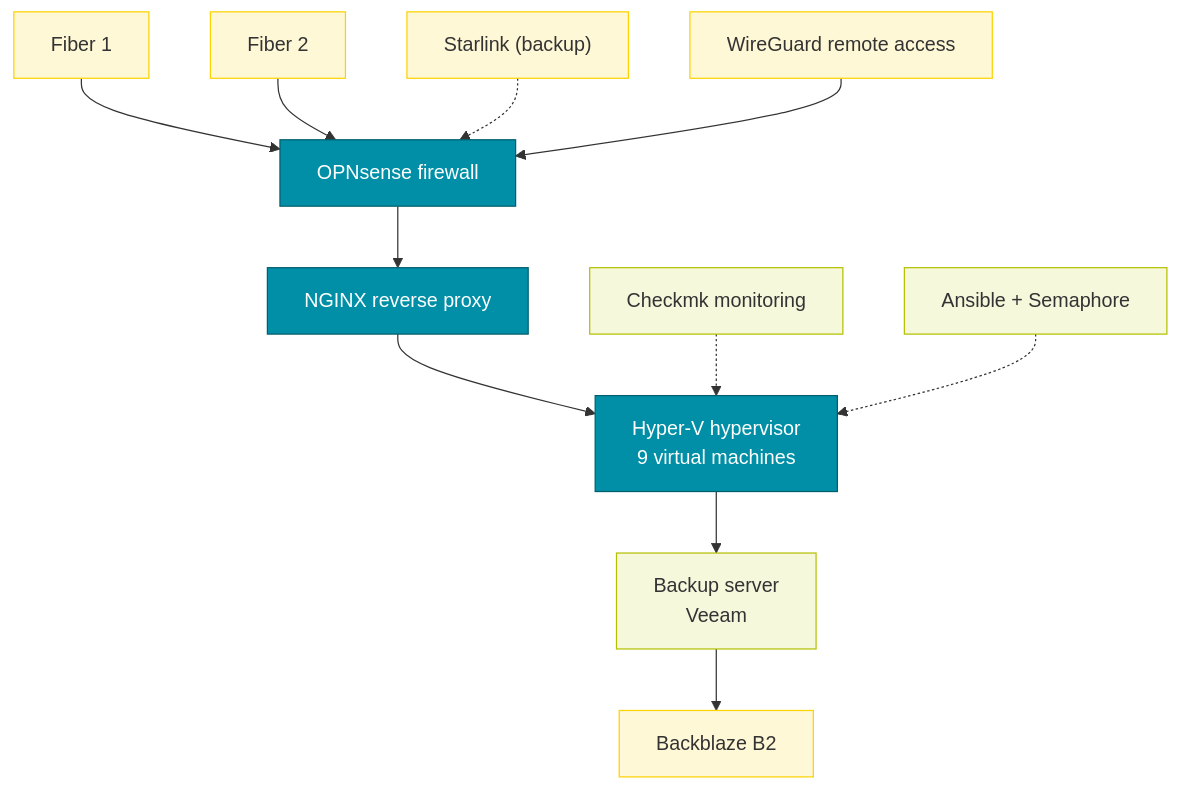
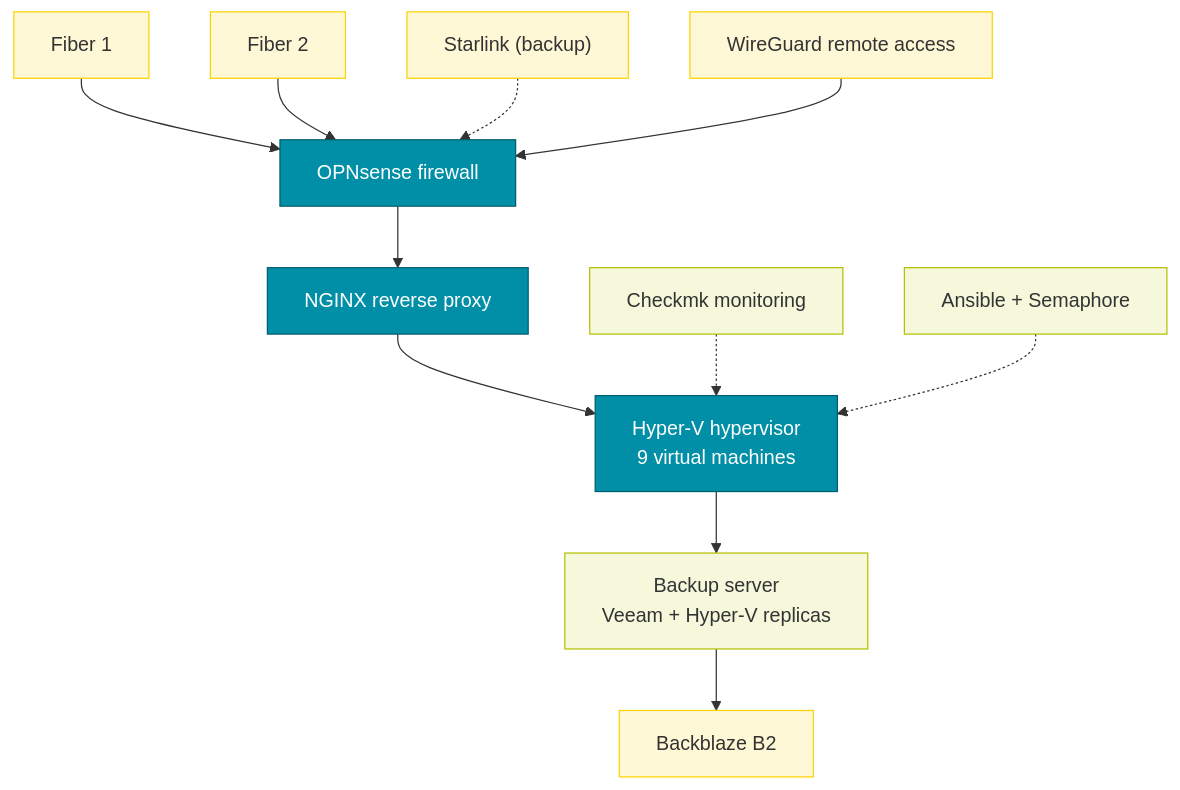
One commit to stylersnico/abyssproject-wiki changed the first of 6 diagrams in en/infra/infrastructure.md. Above: the diagram before and after it, drawn with Mermaid. The commit also changed other lines of this file, not shown here.

````diff
--- a/en/infra/infrastructure.md
+++ b/en/infra/infrastructure.md
@@ -15,30 +15,30 @@
 ```mermaid
 graph TB
   F1["Fiber 1"]
   F2["Fiber 2"]
   SL["Starlink (backup)"]
   RA["WireGuard remote access"]
   FW["OPNsense firewall"]
   RP["NGINX reverse proxy"]
   HV["Hyper-V hypervisor<br>9 virtual machines"]
-  BK["Backup server<br>Veeam"]
+  BK["Backup server<br>Veeam + Hyper-V replicas"]
   CK["Checkmk monitoring"]
   AN["Ansible + Semaphore"]
   CL["Backblaze B2"]
   F1 --> FW
   F2 --> FW
   SL -.-> FW
   RA --> FW
   FW --> RP
   RP --> HV
   HV --> BK
   BK --> CL
   CK -.-> HV
   AN -.-> HV
   classDef core fill:#008FA6,stroke:#005F6E,color:#ffffff;
   classDef ext fill:#FFF8D6,stroke:#FCD200,color:#333333;
   classDef svc fill:#F6F8DC,stroke:#B4C000,color:#333333;
   class FW,RP,HV core;
   class F1,F2,SL,RA,CL ext;
   class BK,CK,AN svc;
 ```
````
